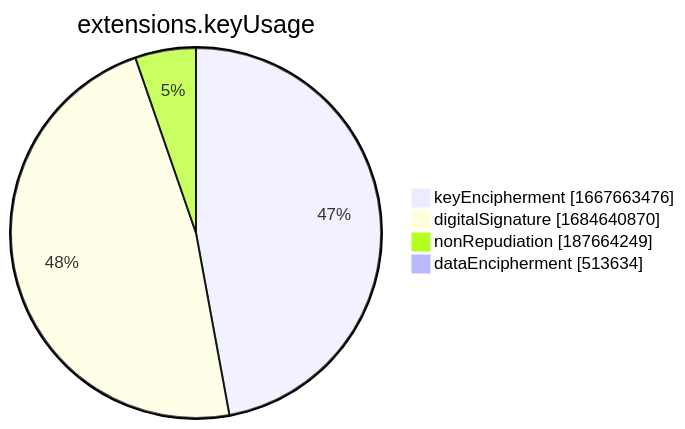
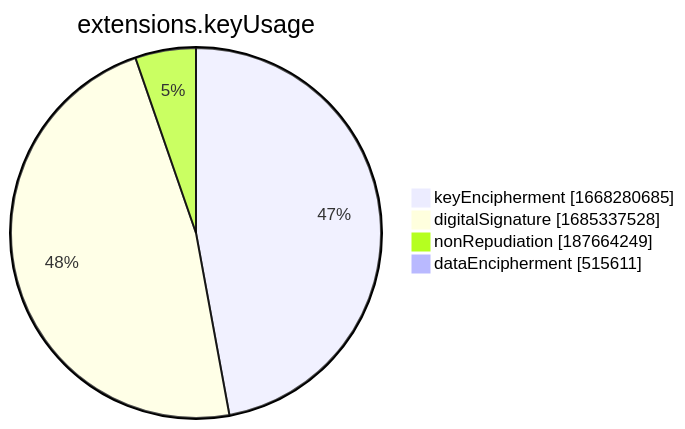
The seventh of 15 diagrams in xenon2022/README.md (christiankrug/ctmonitor_visualization), drawn with Mermaid before and after one commit. The commit also changed other lines of this file, not shown here.

````diff
--- a/xenon2022/README.md
+++ b/xenon2022/README.md
@@ -2857,8 +2857,8 @@
 ```mermaid
 pie showData
 title extensions.keyUsage
-"keyEncipherment" :1667663476
-"digitalSignature" :1684640870
+"keyEncipherment" :1668280685
+"digitalSignature" :1685337528
 "nonRepudiation" :187664249
-"dataEncipherment" :513634
+"dataEncipherment" :515611
 ```
````
